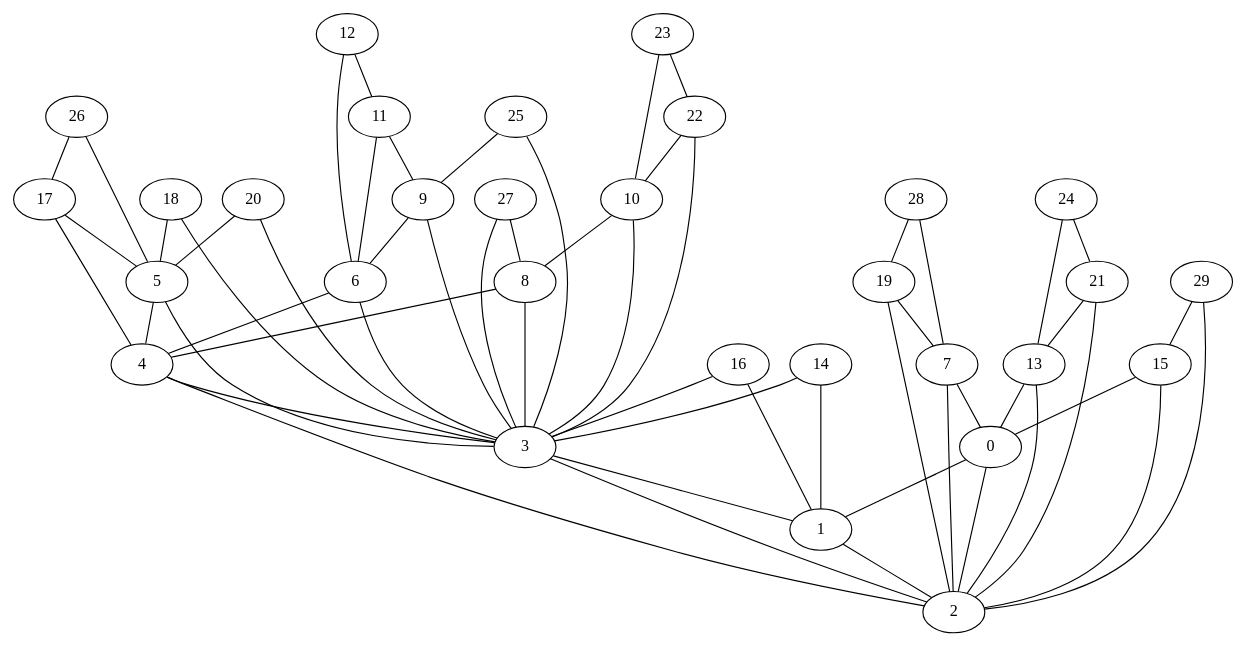
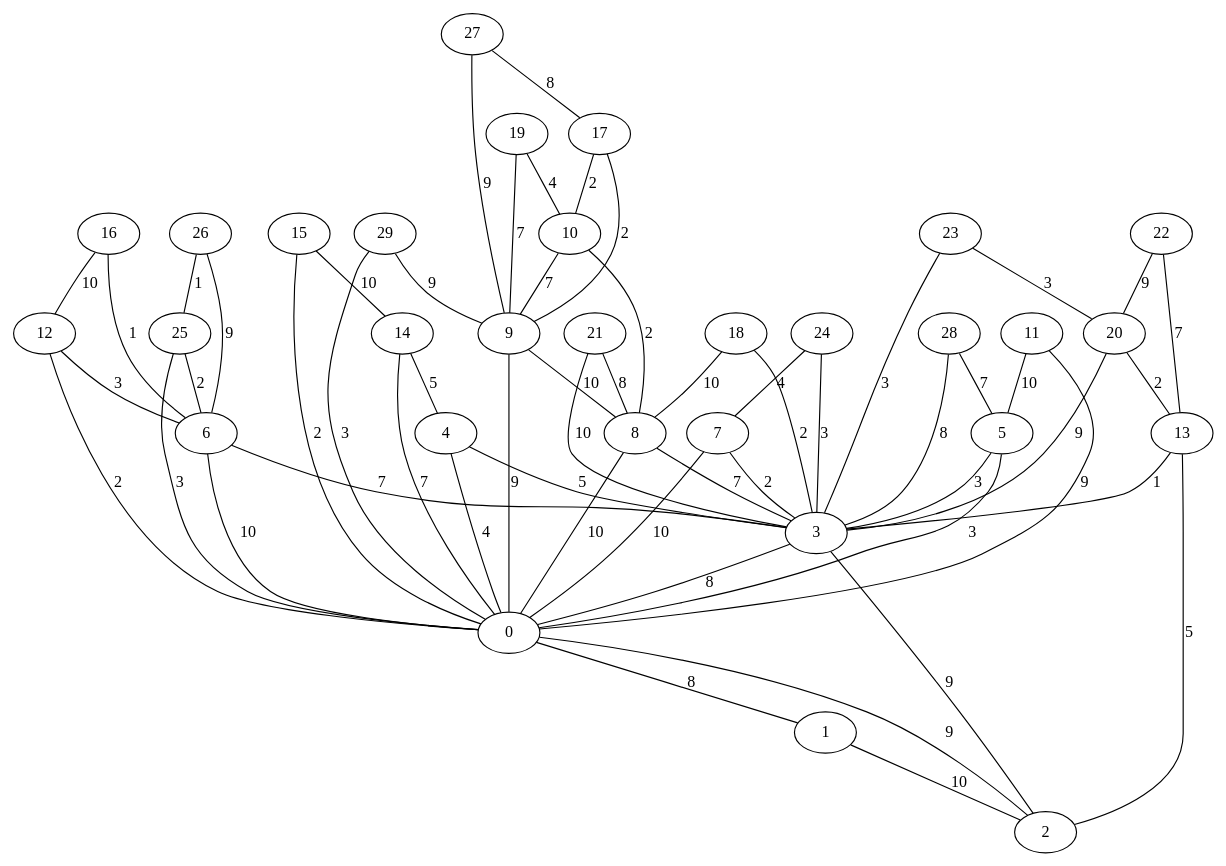
Before and after one commit to HugoBec/graph: the diagram in gv/Dorogovtsev_Mendes_30.gv, drawn with Graphviz. The commit also changed 111 other files, not shown here.

```diff
--- a/gv/Dorogovtsev_Mendes_30.gv
+++ b/gv/Dorogovtsev_Mendes_30.gv
@@ -1,89 +1,89 @@
 graph {
 	0 [label=0]
 	1 [label=1]
 	2 [label=2]
 	3 [label=3]
 	4 [label=4]
 	5 [label=5]
 	6 [label=6]
 	7 [label=7]
 	8 [label=8]
 	9 [label=9]
 	10 [label=10]
 	11 [label=11]
 	12 [label=12]
 	13 [label=13]
 	14 [label=14]
 	15 [label=15]
 	16 [label=16]
 	17 [label=17]
 	18 [label=18]
 	19 [label=19]
 	20 [label=20]
 	21 [label=21]
 	22 [label=22]
 	23 [label=23]
 	24 [label=24]
 	25 [label=25]
 	26 [label=26]
 	27 [label=27]
 	28 [label=28]
 	29 [label=29]
-	0 -- 1
-	1 -- 2
-	2 -- 0
-	3 -- 1
-	3 -- 2
-	4 -- 3
-	4 -- 2
-	5 -- 4
-	5 -- 3
-	6 -- 4
-	6 -- 3
-	7 -- 2
-	7 -- 0
-	8 -- 4
-	8 -- 3
-	9 -- 6
-	9 -- 3
-	10 -- 8
-	10 -- 3
-	11 -- 9
-	11 -- 6
-	12 -- 11
-	12 -- 6
-	13 -- 2
-	13 -- 0
-	14 -- 3
-	14 -- 1
-	15 -- 2
-	15 -- 0
-	16 -- 3
-	16 -- 1
-	17 -- 5
-	17 -- 4
-	18 -- 5
-	18 -- 3
-	19 -- 7
-	19 -- 2
-	20 -- 5
-	20 -- 3
-	21 -- 13
-	21 -- 2
-	22 -- 10
-	22 -- 3
-	23 -- 22
-	23 -- 10
-	24 -- 21
-	24 -- 13
-	25 -- 9
-	25 -- 3
-	26 -- 17
-	26 -- 5
-	27 -- 8
-	27 -- 3
-	28 -- 19
-	28 -- 7
-	29 -- 15
-	29 -- 2
+	0 -- 1 [label=8]
+	1 -- 2 [label=10]
+	2 -- 0 [label=9]
+	3 -- 2 [label=9]
+	3 -- 0 [label=8]
+	4 -- 3 [label=5]
+	4 -- 0 [label=4]
+	5 -- 3 [label=3]
+	5 -- 0 [label=3]
+	6 -- 3 [label=7]
+	6 -- 0 [label=10]
+	7 -- 3 [label=2]
+	7 -- 0 [label=10]
+	8 -- 3 [label=7]
+	8 -- 0 [label=10]
+	9 -- 8 [label=10]
+	9 -- 0 [label=9]
+	10 -- 9 [label=7]
+	10 -- 8 [label=2]
+	11 -- 5 [label=10]
+	11 -- 0 [label=9]
+	12 -- 6 [label=3]
+	12 -- 0 [label=2]
+	13 -- 3 [label=1]
+	13 -- 2 [label=5]
+	14 -- 4 [label=5]
+	14 -- 0 [label=7]
+	15 -- 14 [label=10]
+	15 -- 0 [label=2]
+	16 -- 12 [label=10]
+	16 -- 6 [label=1]
+	17 -- 10 [label=2]
+	17 -- 9 [label=2]
+	18 -- 8 [label=10]
+	18 -- 3 [label=2]
+	19 -- 10 [label=4]
+	19 -- 9 [label=7]
+	20 -- 13 [label=2]
+	20 -- 3 [label=9]
+	21 -- 8 [label=8]
+	21 -- 3 [label=10]
+	22 -- 20 [label=9]
+	22 -- 13 [label=7]
+	23 -- 20 [label=3]
+	23 -- 3 [label=3]
+	24 -- 7 [label=4]
+	24 -- 3 [label=3]
+	25 -- 6 [label=2]
+	25 -- 0 [label=3]
+	26 -- 25 [label=1]
+	26 -- 6 [label=9]
+	27 -- 17 [label=8]
+	27 -- 9 [label=9]
+	28 -- 5 [label=7]
+	28 -- 3 [label=8]
+	29 -- 9 [label=9]
+	29 -- 0 [label=3]
 }
```
